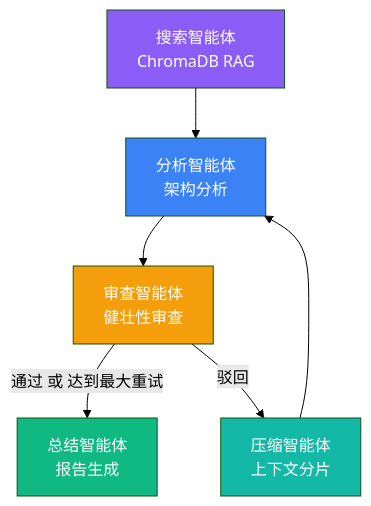
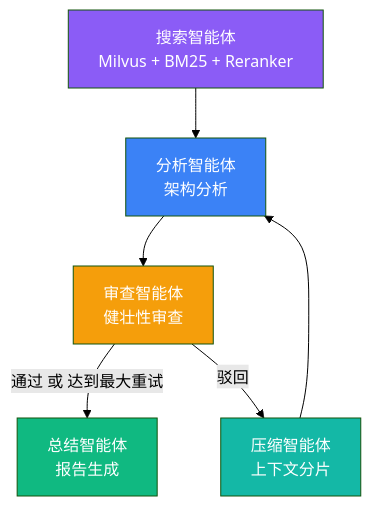
The diagram in README.md (miemie098/Miemie-MultiAgent-Solver), drawn with Mermaid (forest theme) before and after one commit. The commit also changed other lines of this file and 14 other files, not shown here.

````diff
--- a/README.md
+++ b/README.md
@@ -22,14 +23,14 @@
 ```mermaid
 graph TD
-    SEARCH[搜索智能体<br/>ChromaDB RAG] --> ANALYZER[分析智能体<br/>架构分析]
+    SEARCH[搜索智能体<br/>Milvus + BM25 + Reranker] --> ANALYZER[分析智能体<br/>架构分析]
     ANALYZER --> CRITIC[审查智能体<br/>健壮性审查]
     CRITIC -->|通过 或 达到最大重试| SUMMARY[总结智能体<br/>报告生成]
     CRITIC -->|驳回| COMPACTOR[压缩智能体<br/>上下文分片]
     COMPACTOR --> ANALYZER
 
     style SEARCH fill:#8b5cf6,color:#fff
     style ANALYZER fill:#3b82f6,color:#fff
     style CRITIC fill:#f59e0b,color:#fff
     style COMPACTOR fill:#14b8a6,color:#fff
     style SUMMARY fill:#10b981,color:#fff
 ```
````
